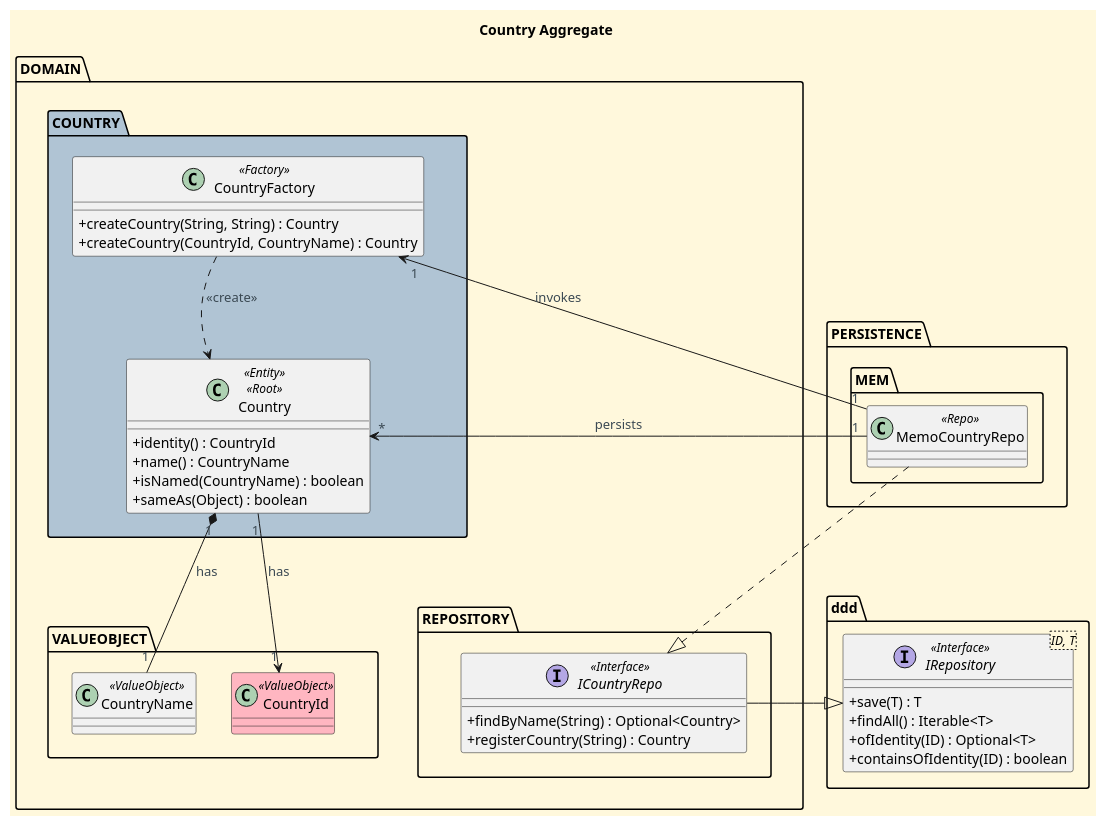
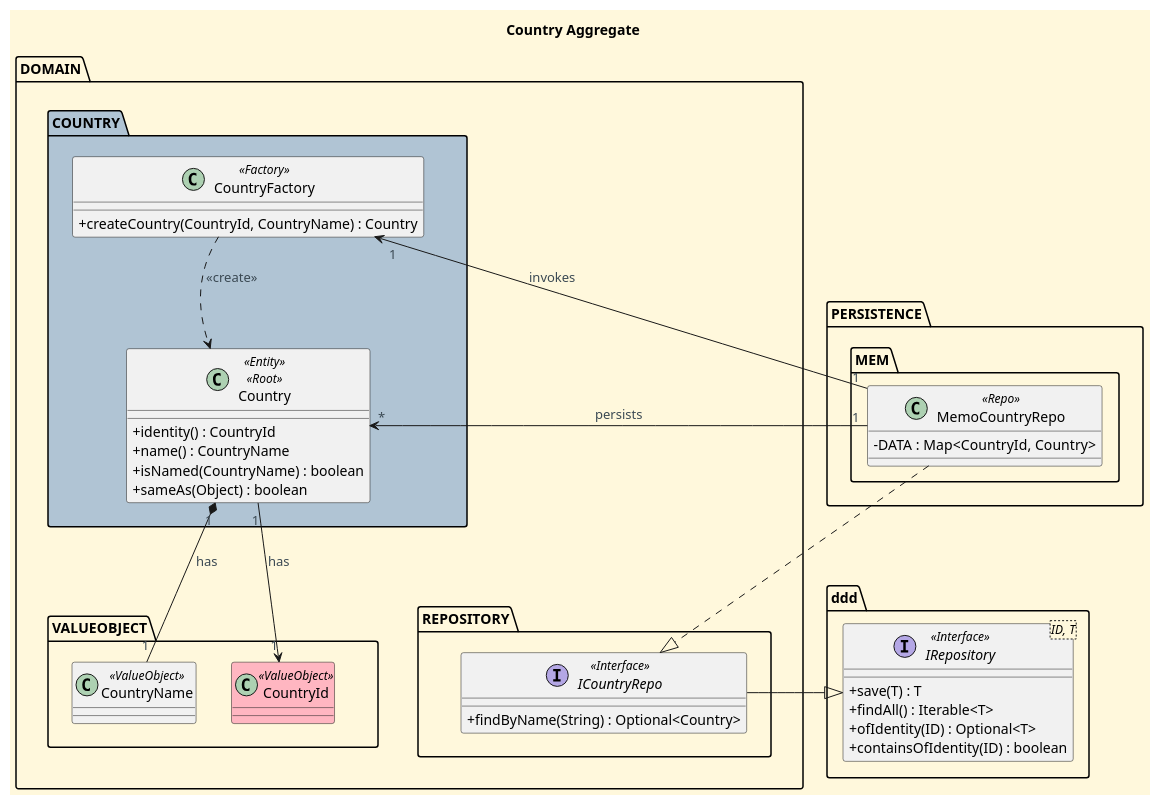
Before and after one commit to CarolinaLeite-collab/JavaMarketplacePlatform: the diagram in docs/aggregates-diagrams/Country_Agregate.puml, drawn with PlantUML.

Commit message:
docs: finalized Country Aggregate UML diagram. Closes #474

```diff
--- a/docs/aggregates-diagrams/Country_Agregate.puml
+++ b/docs/aggregates-diagrams/Country_Agregate.puml
@@ -1,84 +1,83 @@
 @startuml
 
 title Country Aggregate
 
 '==== basic style ====
 skinparam monochrome false
 skinparam shadowing false
 skinparam defaultFontName Futura
 skinparam objectFontSize 20
 skinparam backgroundColor CornSilk
 skinparam objectBackgroundColor WhiteSmoke
 skinparam noteBackgroundColor #FFFFE0
 skinparam ArrowFontColor #3B4953
 skinparam ActivationBackgroundColor black
 skinparam classAttributeIconSize 0
 
 top to bottom direction
 
 Package "DOMAIN" {
 
     Package "COUNTRY" <<Folder>> #b0c4d4 {
         class Country <<Entity>> <<Root>> {
             +identity() : CountryId
             +name() : CountryName
             +isNamed(CountryName) : boolean
             +sameAs(Object) : boolean
         }
 
         class CountryFactory <<Factory>> {
-            +createCountry(String, String) : Country
             +createCountry(CountryId, CountryName) : Country
         }
     }
 
     Package "VALUEOBJECT" <<Folder>> {
         class CountryId <<ValueObject>> #LightPink {
         }
 
         class CountryName <<ValueObject>> {
         }
     }
 
     Package "REPOSITORY" <<Folder>> {
         interface ICountryRepo <<Interface>> {
             +findByName(String) : Optional<Country>
-            +registerCountry(String) : Country
         }
     }
 
     ' Layout adjustments
     COUNTRY -[hidden]right- REPOSITORY
     VALUEOBJECT -[hidden]right- REPOSITORY
     COUNTRY -[hidden]down- VALUEOBJECT
 }
 
 Package "ddd" {
     interface "IRepository<ID, T>" as IRepository <<Interface>> {
         +save(T) : T
         +findAll() : Iterable<T>
         +ofIdentity(ID) : Optional<T>
         +containsOfIdentity(ID) : boolean
     }
 }
 
 Package "PERSISTENCE" {
     package "MEM" {
         class MemoCountryRepo <<Repo>> {
+        -DATA : Map<CountryId, Country>
         }
     }
 }
 
 ' ===== Relations =====
 
 CountryFactory "1" <-- "1" MemoCountryRepo : invokes
 Country "1" --> "1" CountryId : has
 Country "1" *-- "1" CountryName : has
 
 ICountryRepo -|> IRepository
 MemoCountryRepo ..|> ICountryRepo
 Country "*" <- "1" MemoCountryRepo : persists
 
 CountryFactory ..> Country : <<create>>
 
 @enduml
```
